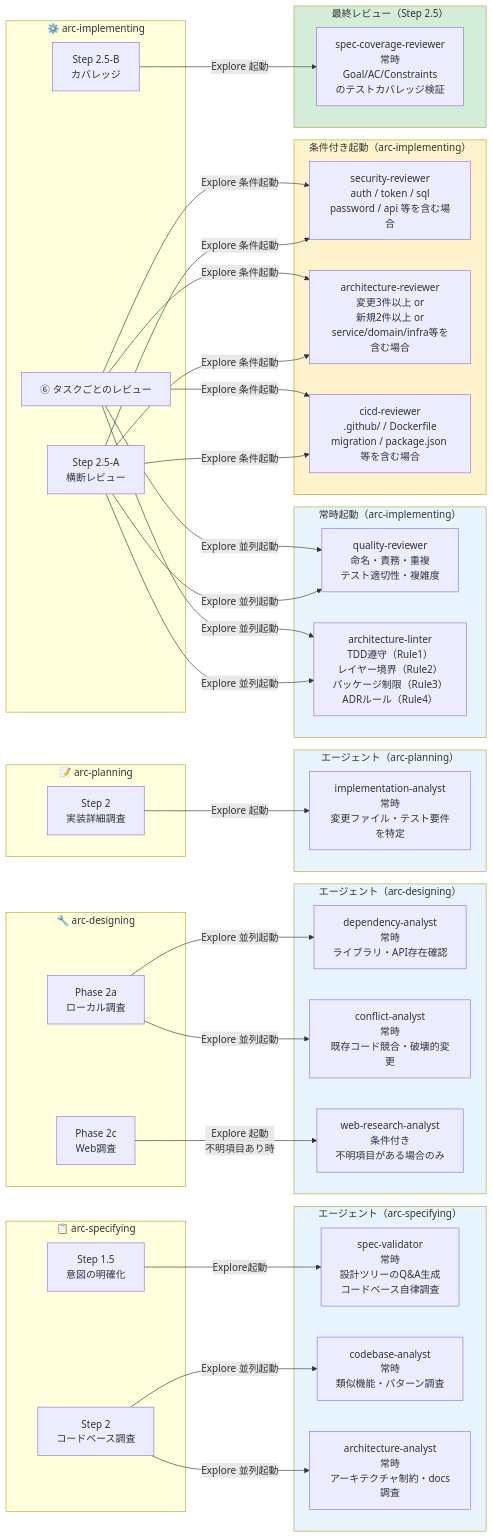
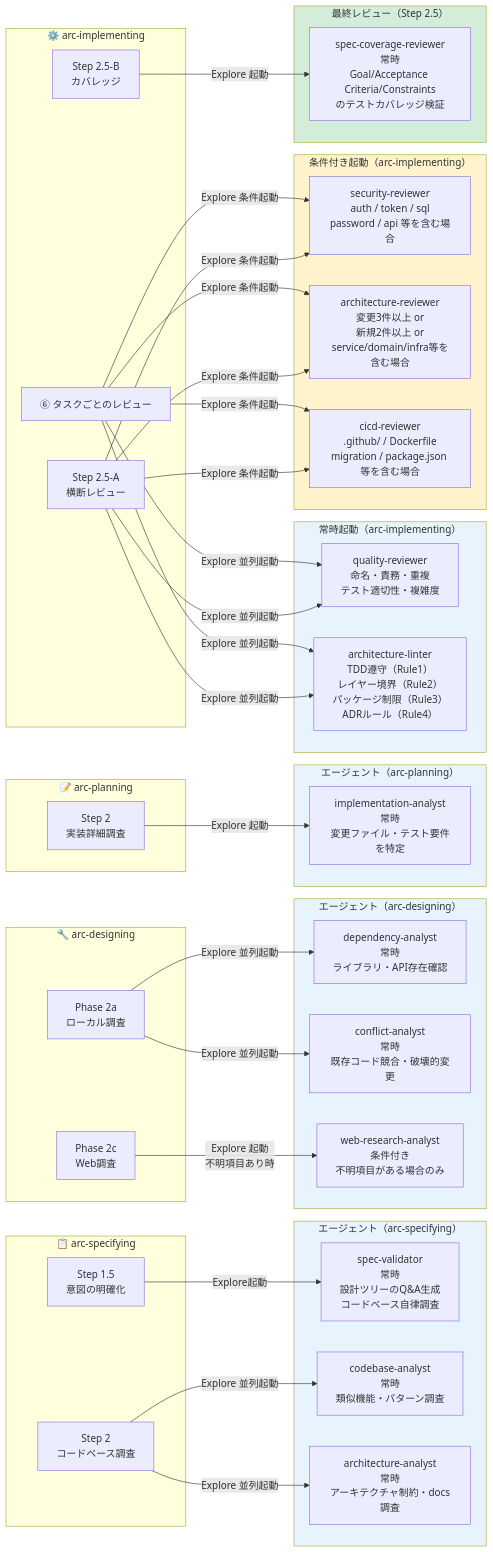
One commit to kogatakanori/skills changed the third of 4 diagrams in plugins/arc/docs/arc-flow.md. Above: the diagram before and after it, drawn with Mermaid. The commit also changed other lines of this file, not shown here.

```diff
--- a/plugins/arc/docs/arc-flow.md
+++ b/plugins/arc/docs/arc-flow.md
@@ -309,7 +309,7 @@
     end
 
     subgraph IMPL_FINAL["最終レビュー（Step 2.5）"]
-        scr["spec-coverage-reviewer\n常時\nGoal/AC/Constraints\nのテストカバレッジ検証"]
+        scr["spec-coverage-reviewer\n常時\nGoal/Acceptance Criteria/Constraints\nのテストカバレッジ検証"]
     end
 
     I6 -->|"Explore 並列起動"| qr
```
